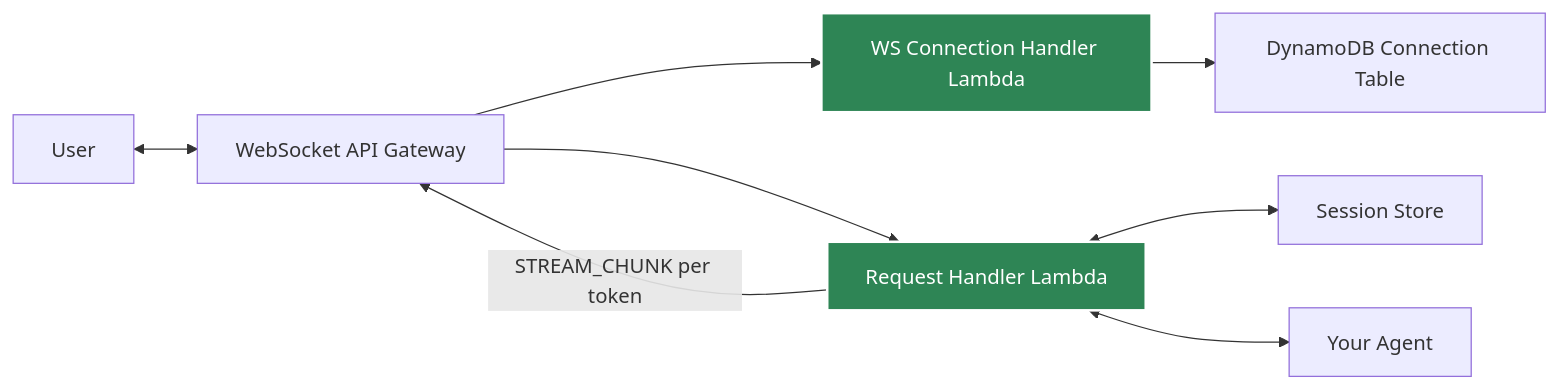
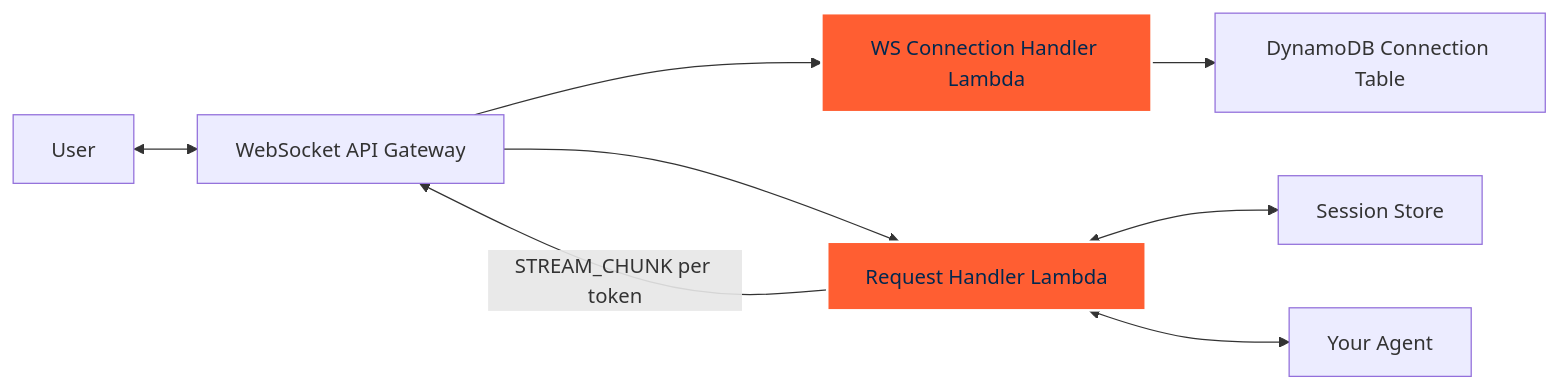
One commit to yaalalabs/agent-kernel changed the fifth of 6 diagrams in docs/docs/deployment/aws-serverless.md. Above: the diagram before and after it, drawn with Mermaid. The commit also changed other lines of this file and 444 other files, not shown here.

````diff
--- a/docs/docs/deployment/aws-serverless.md
+++ b/docs/docs/deployment/aws-serverless.md
@@ -123,14 +123,14 @@
 ```mermaid
 graph LR
     A[User] <--> B[WebSocket API Gateway]
     B --> C[WS Connection Handler Lambda]
     B --> D[Request Handler Lambda]
 
     C --> E[DynamoDB Connection Table]
     D -->|STREAM_CHUNK per token| B
     D <--> F[Session Store]
     D <--> G[Your Agent]
 
-    style C fill:#2e8555,stroke:#fff,stroke-width:2px,color:#fff
-    style D fill:#2e8555,stroke:#fff,stroke-width:2px,color:#fff
+    style C fill:#FF5E32,stroke:#fff,stroke-width:2px,color:#02284F
+    style D fill:#FF5E32,stroke:#fff,stroke-width:2px,color:#02284F
 ```
````
